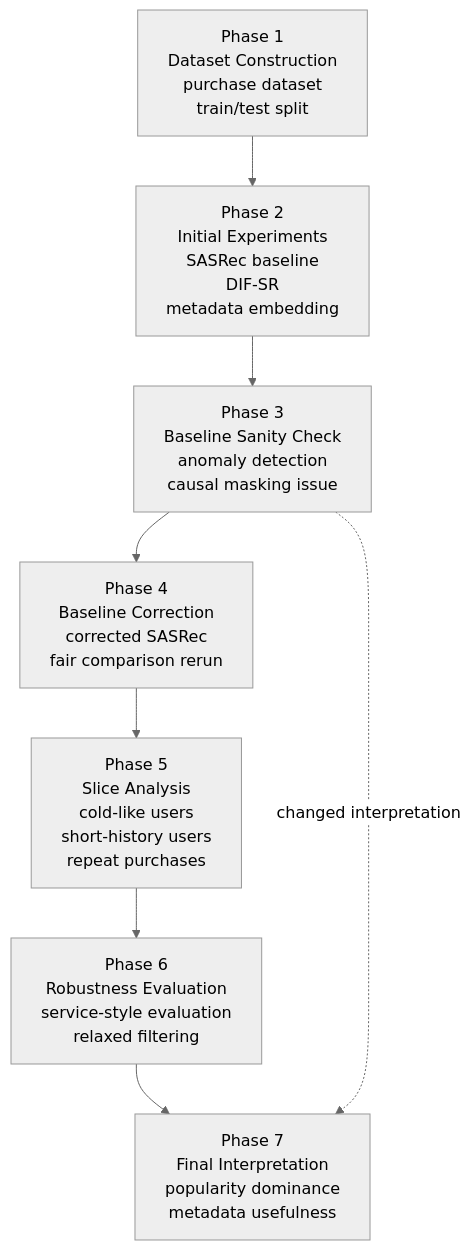
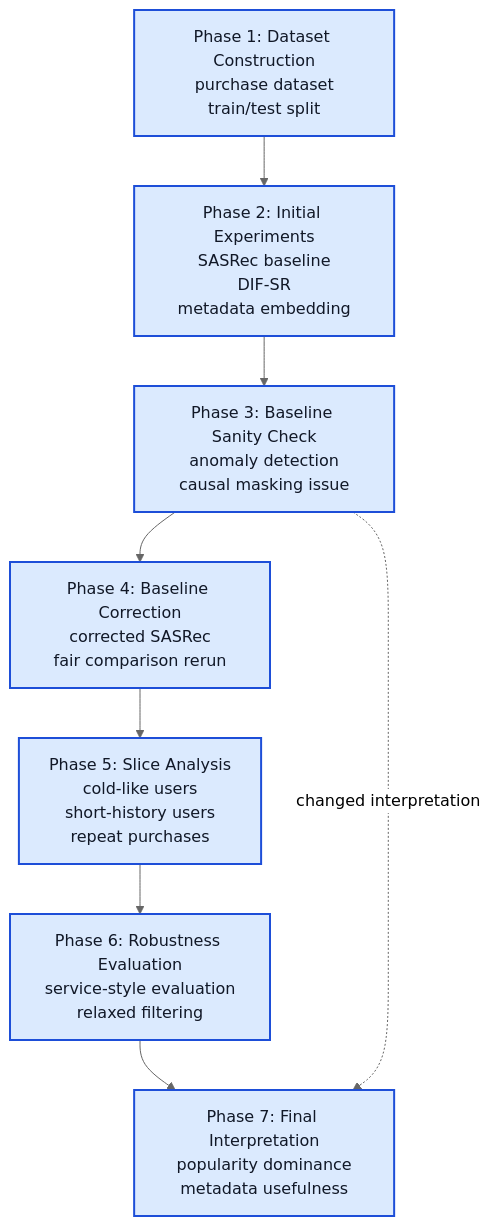
One commit to hyeongseok21/sequential-recommendation-under-sparsity changed the third of 4 diagrams in README.md. Above: the diagram before and after it, drawn with Mermaid (neutral theme).

Commit message:
docs: restyle experiment timeline nodes

````diff
--- a/README.md
+++ b/README.md
@@ -123,18 +123,21 @@
 ```mermaid
 flowchart TD
 
-A["Phase 1<br/>Dataset Construction<br/>purchase dataset<br/>train/test split"]
---> B["Phase 2<br/>Initial Experiments<br/>SASRec baseline<br/>DIF-SR<br/>metadata embedding"]
+A["Phase 1: Dataset Construction<br/>purchase dataset<br/>train/test split"]
+--> B["Phase 2: Initial Experiments<br/>SASRec baseline<br/>DIF-SR<br/>metadata embedding"]
 
-B --> C["Phase 3<br/>Baseline Sanity Check<br/>anomaly detection<br/>causal masking issue"]
+B --> C["Phase 3: Baseline Sanity Check<br/>anomaly detection<br/>causal masking issue"]
 
-C --> D["Phase 4<br/>Baseline Correction<br/>corrected SASRec<br/>fair comparison rerun"]
+C --> D["Phase 4: Baseline Correction<br/>corrected SASRec<br/>fair comparison rerun"]
 
-D --> E["Phase 5<br/>Slice Analysis<br/>cold-like users<br/>short-history users<br/>repeat purchases"]
+D --> E["Phase 5: Slice Analysis<br/>cold-like users<br/>short-history users<br/>repeat purchases"]
 
-E --> F["Phase 6<br/>Robustness Evaluation<br/>service-style evaluation<br/>relaxed filtering"]
+E --> F["Phase 6: Robustness Evaluation<br/>service-style evaluation<br/>relaxed filtering"]
 
-F --> G["Phase 7<br/>Final Interpretation<br/>popularity dominance<br/>metadata usefulness"]
+F --> G["Phase 7: Final Interpretation<br/>popularity dominance<br/>metadata usefulness"]
 
 C -. changed interpretation .-> G
+
+classDef phase fill:#dbeafe,stroke:#1d4ed8,stroke-width:2px,color:#111827;
+class A,B,C,D,E,F,G phase;
 ```
````
